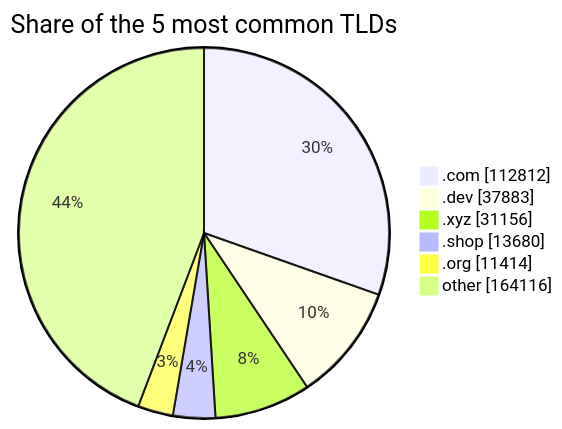
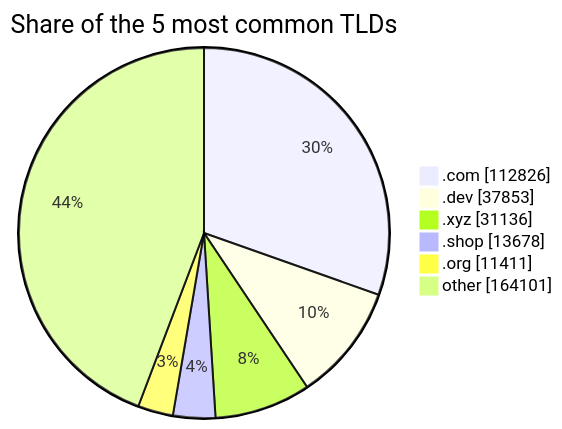
One commit to DNSBunker/CTI changed the third of 3 diagrams in README.md. Above: the diagram before and after it, drawn with Mermaid. The commit also changed other lines of this file and 3 other files, not shown here.

````diff
--- a/README.md
+++ b/README.md
@@ -81,9 +81,9 @@
 ```mermaid
 pie showData title Share of the 5 most common TLDs
-    ".com" : 112812
-    ".dev" : 37883
-    ".xyz" : 31156
-    ".shop" : 13680
-    ".org" : 11414
-    "other" : 164116
+    ".com" : 112826
+    ".dev" : 37853
+    ".xyz" : 31136
+    ".shop" : 13678
+    ".org" : 11411
+    "other" : 164101
 ```
````
